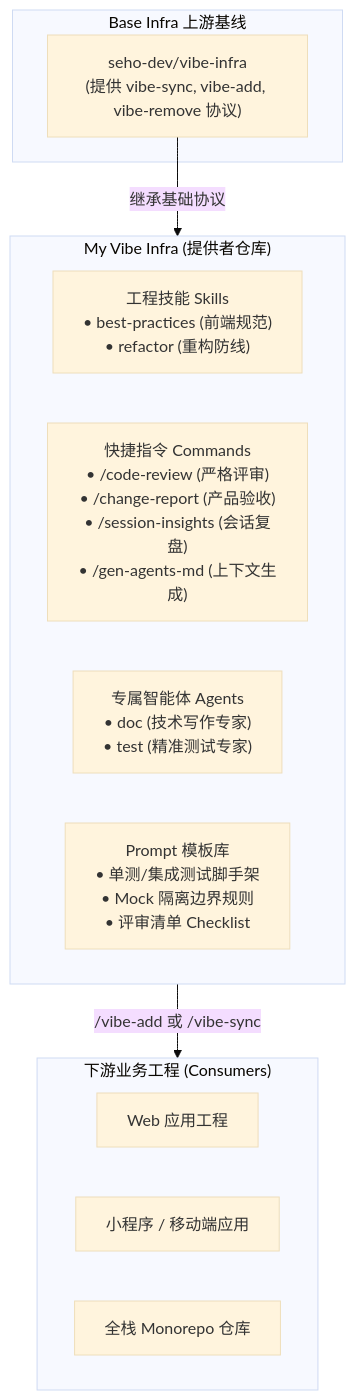
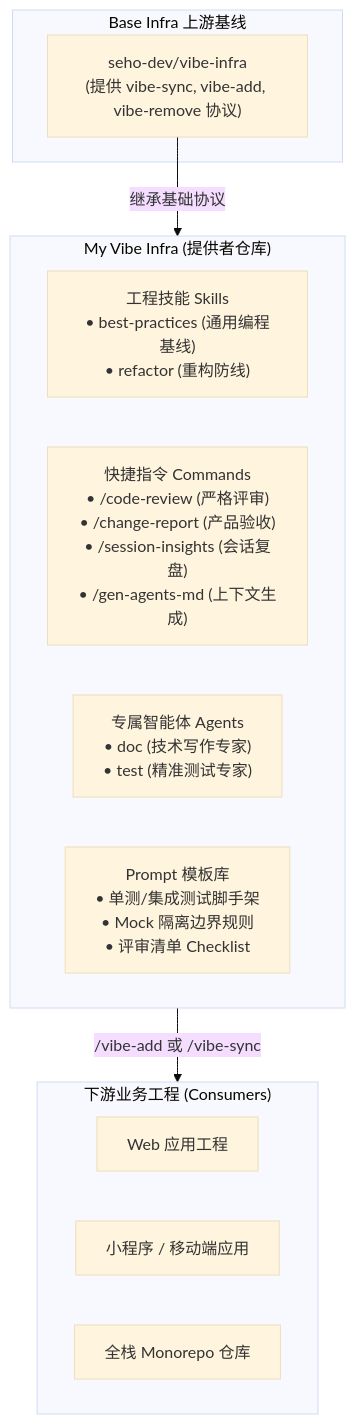
The diagram in README.zh-CN.md (seho-dev/my-vibe-infra), drawn with Mermaid (base theme) before and after one commit. The commit also changed other lines of this file and 3 other files, not shown here.

Commit message:
release: Generalize best-practices to all languages

````diff
--- a/README.zh-CN.md
+++ b/README.zh-CN.md
@@ -18,22 +18,22 @@
 ```mermaid
 flowchart TD
     subgraph Provider ["My Vibe Infra (提供者仓库)"]
-        Skills["工程技能 Skills<br/>• best-practices (前端规范)<br/>• refactor (重构防线)"]
+        Skills["工程技能 Skills<br/>• best-practices (通用编程基线)<br/>• refactor (重构防线)"]
         Commands["快捷指令 Commands<br/>• /code-review (严格评审)<br/>• /change-report (产品验收)<br/>• /session-insights (会话复盘)<br/>• /gen-agents-md (上下文生成)"]
         Agents["专属智能体 Agents<br/>• doc (技术写作专家)<br/>• test (精准测试专家)"]
         Prompts["Prompt 模板库<br/>• 单测/集成测试脚手架<br/>• Mock 隔离边界规则<br/>• 评审清单 Checklist"]
     end
 
     subgraph Base ["Base Infra 上游基线"]
         VibeBase["seho-dev/vibe-infra<br/>(提供 vibe-sync, vibe-add, vibe-remove 协议)"]
     end
 
     subgraph Consumers ["下游业务工程 (Consumers)"]
         EngApp1["Web 应用工程"]
         EngApp2["小程序 / 移动端应用"]
         EngApp3["全栈 Monorepo 仓库"]
     end
 
     VibeBase -->|"继承基础协议"| Provider
     Provider -->|"/vibe-add 或 /vibe-sync"| Consumers
 ```
````
